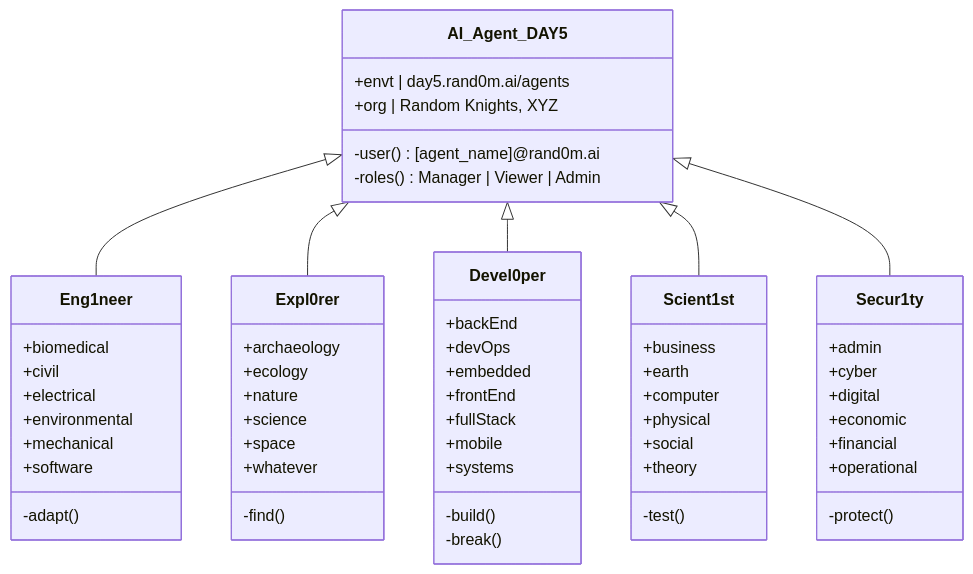
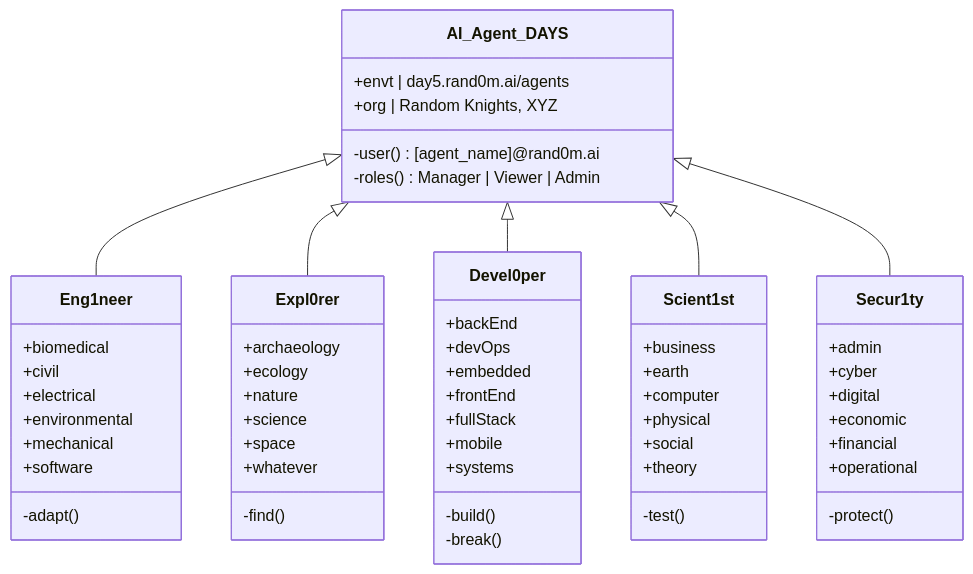
Before and after one commit to random-knights/.github: the third of 5 diagrams in profile/README.md, drawn with Mermaid. The commit also changed other lines of this file and 3 other files, not shown here.

````diff
--- a/profile/README.md
+++ b/profile/README.md
@@ -209,59 +324,59 @@
 ```mermaid
 classDiagram
-    AI_Agent_DAY5 <|-- Eng1neer
-    AI_Agent_DAY5 <|-- Expl0rer
-    AI_Agent_DAY5 <|-- Devel0per
-    AI_Agent_DAY5 <|-- Scient1st
-    AI_Agent_DAY5 <|-- Secur1ty
-    AI_Agent_DAY5 : +envt | day5.rand0m.ai/agents
-    AI_Agent_DAY5 : +org | Random Knights, XYZ
-    AI_Agent_DAY5: -user() [agent_name]@rand0m.ai
-    AI_Agent_DAY5: -roles() Manager | Viewer | Admin
+    AI_Agent_DAYS <|-- Eng1neer
+    AI_Agent_DAYS <|-- Expl0rer
+    AI_Agent_DAYS <|-- Devel0per
+    AI_Agent_DAYS <|-- Scient1st
+    AI_Agent_DAYS <|-- Secur1ty
+    AI_Agent_DAYS : +envt | day5.rand0m.ai/agents
+    AI_Agent_DAYS : +org | Random Knights, XYZ
+    AI_Agent_DAYS: -user() [agent_name]@rand0m.ai
+    AI_Agent_DAYS: -roles() Manager | Viewer | Admin
     class Eng1neer{
       +biomedical
       +civil
       +electrical
       +environmental
       +mechanical
       +software
       -adapt()
     }
     class Expl0rer{
       +archaeology
       +ecology
       +nature
       +science
       +space
       +whatever
       -find()
     }
     class Devel0per{
       +backEnd
       +devOps
       +embedded
       +frontEnd
       +fullStack
       +mobile
       +systems
       -build()
       -break()
     }
     class Scient1st{
       +business
       +earth
       +computer
       +physical
       +social
       +theory
       -test()
     }
     class Secur1ty{
       +admin
       +cyber
       +digital
       +economic
       +financial
       +operational
       -protect()
     }
 ```
````
